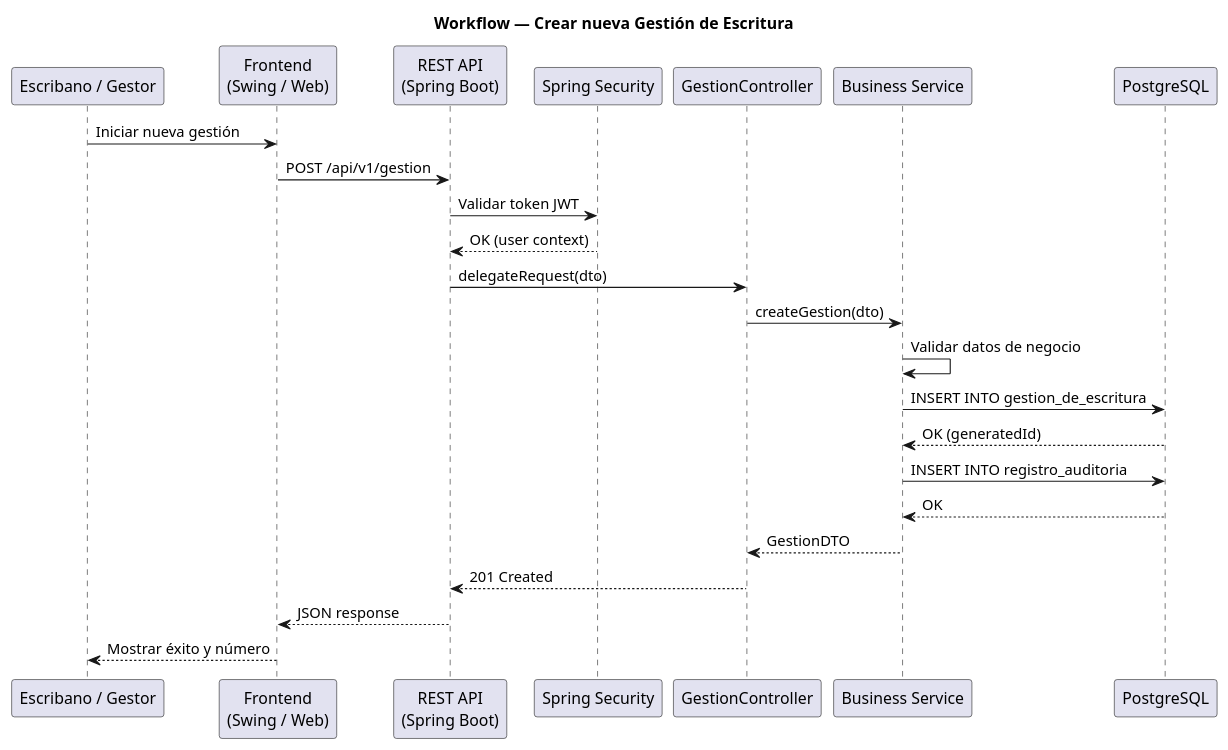
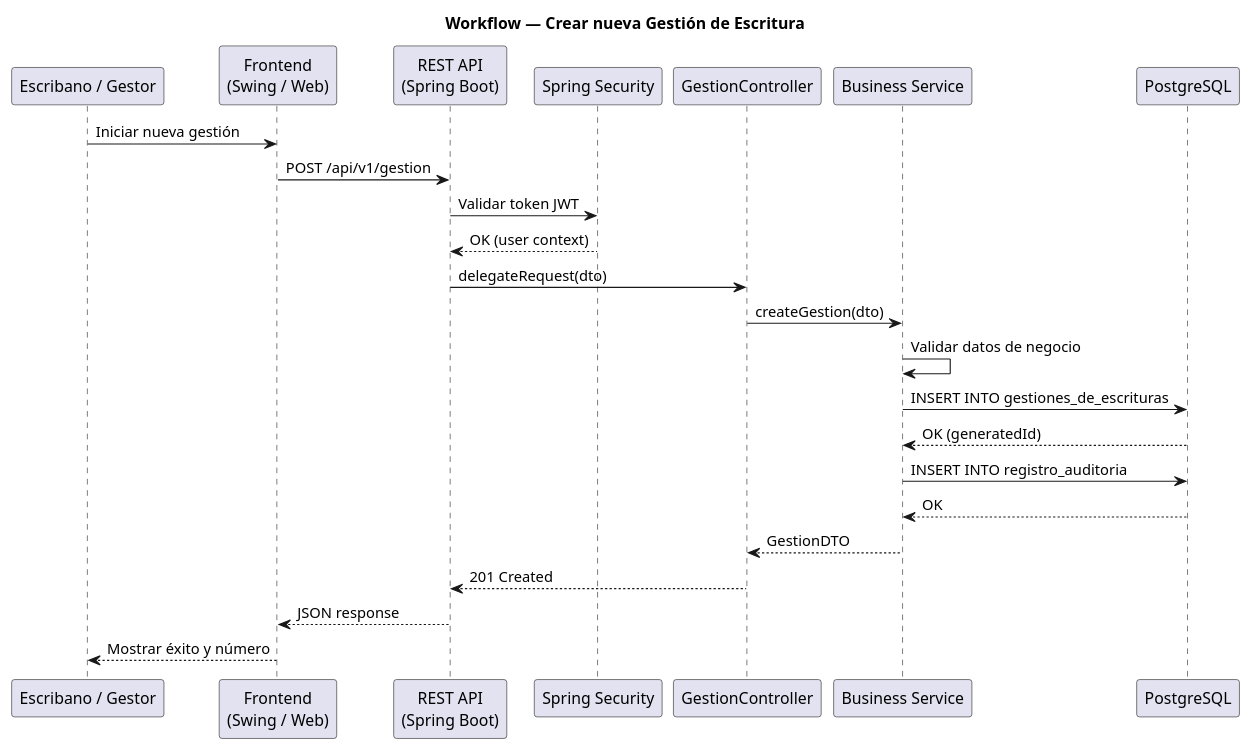
Before and after one commit to matiaspakua/notaire: the diagram in docs/200-architecture/204-diagrams/Diagrama de Estados/workflow-gestion.puml, drawn with PlantUML. The commit also changed 5 other files, not shown here.

First line of the commit message:
docs(architecture): dedupe diagrams, fix table-name inaccuracies

```diff
--- a/docs/200-architecture/204-diagrams/Diagrama de Estados/workflow-gestion.puml
+++ b/docs/200-architecture/204-diagrams/Diagrama de Estados/workflow-gestion.puml
@@ -1,27 +1,27 @@
 @startuml
 title Workflow — Crear nueva Gestión de Escritura
 
 participant "Escribano / Gestor" as User
 participant "Frontend\n(Swing / Web)" as Client
 participant "REST API\n(Spring Boot)" as API
 participant "Spring Security" as Sec
 participant "GestionController" as Ctrl
 participant "Business Service" as Svc
 participant "PostgreSQL" as DB
 
 User -> Client : Iniciar nueva gestión
 Client -> API : POST /api/v1/gestion
 API -> Sec : Validar token JWT
 Sec --> API : OK (user context)
 API -> Ctrl : delegateRequest(dto)
 Ctrl -> Svc : createGestion(dto)
 Svc -> Svc : Validar datos de negocio
-Svc -> DB : INSERT INTO gestion_de_escritura
+Svc -> DB : INSERT INTO gestiones_de_escrituras
 DB --> Svc : OK (generatedId)
 Svc -> DB : INSERT INTO registro_auditoria
 DB --> Svc : OK
 Svc --> Ctrl : GestionDTO
 Ctrl --> API : 201 Created
 API --> Client : JSON response
 Client --> User : Mostrar éxito y número
 @enduml
```
